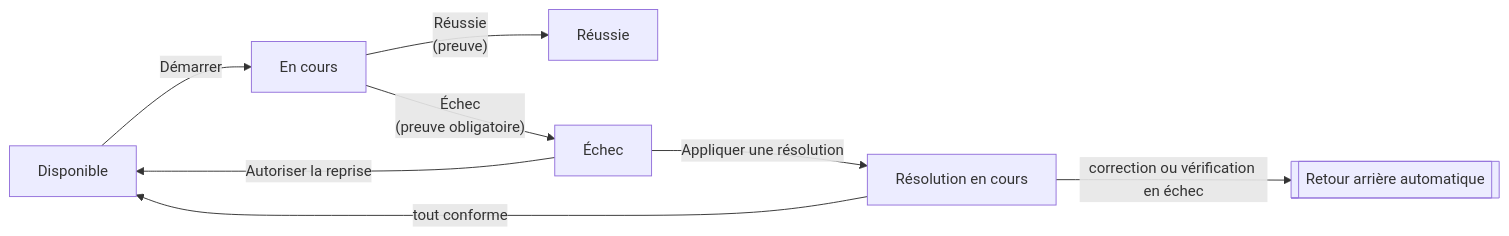
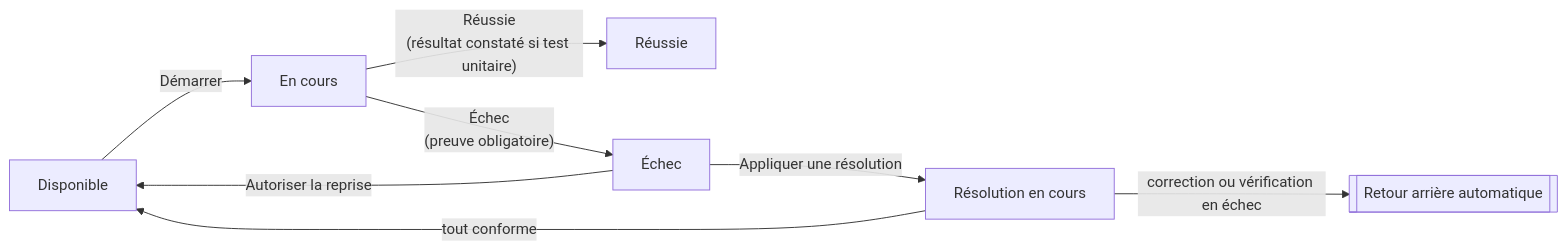
The diagram in docs/Exécuter-une-MEP.md (SolaDevSolide/gestion-mep), drawn with Mermaid before and after one commit. The commit also changed other lines of this file and 51 other files, not shown here.

````diff
--- a/docs/Exécuter-une-MEP.md
+++ b/docs/Exécuter-une-MEP.md
@@ -36,10 +36,10 @@
 ```mermaid
 flowchart LR
     A[Disponible] -- Démarrer --> B[En cours]
-    B -- "Réussie<br/>(preuve)" --> C[Réussie]
+    B -- "Réussie<br/>(résultat constaté si test unitaire)" --> C[Réussie]
     B -- "Échec<br/>(preuve obligatoire)" --> D[Échec]
     D -- Appliquer une résolution --> E[Résolution en cours]
     E -- tout conforme --> A
     E -- correction ou vérification en échec --> F[[Retour arrière automatique]]
     D -- Autoriser la reprise --> A
 ```
````
